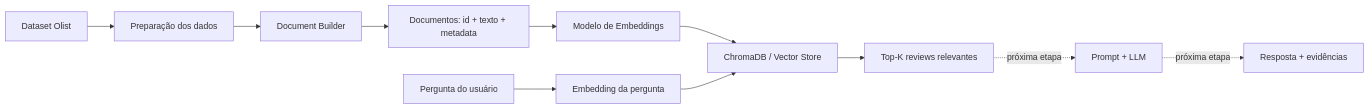
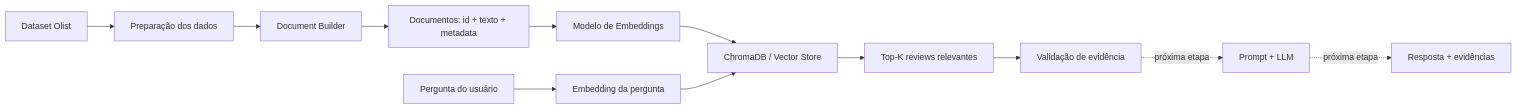
Before and after one commit to EduardoShoiti/tech-challenge-4: the diagram in README.md, drawn with Mermaid. The commit also changed other lines of this file and 13 other files, not shown here.

````diff
--- a/README.md
+++ b/README.md
@@ -21,15 +21,16 @@
 ```mermaid
 flowchart LR
     A[Dataset Olist] --> B[Preparação dos dados]
     B --> C[Document Builder]
     C --> D[Documentos: id + texto + metadata]
     D --> E[Modelo de Embeddings]
     E --> F[ChromaDB / Vector Store]
 
     Q[Pergunta do usuário] --> G[Embedding da pergunta]
     G --> F
     F --> H[Top-K reviews relevantes]
+    H --> V[Validação de evidência]
 
-    H -. próxima etapa .-> I[Prompt + LLM]
+    V -. próxima etapa .-> I[Prompt + LLM]
     I -. próxima etapa .-> J[Resposta + evidências]
 ```
````
